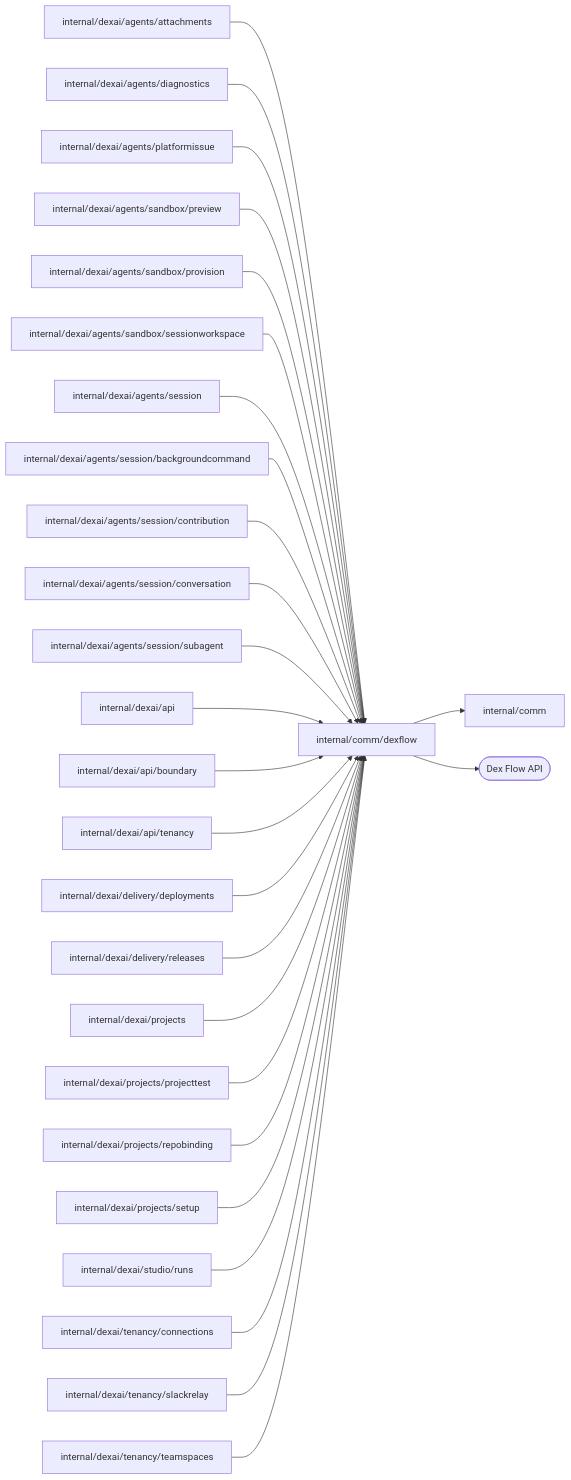
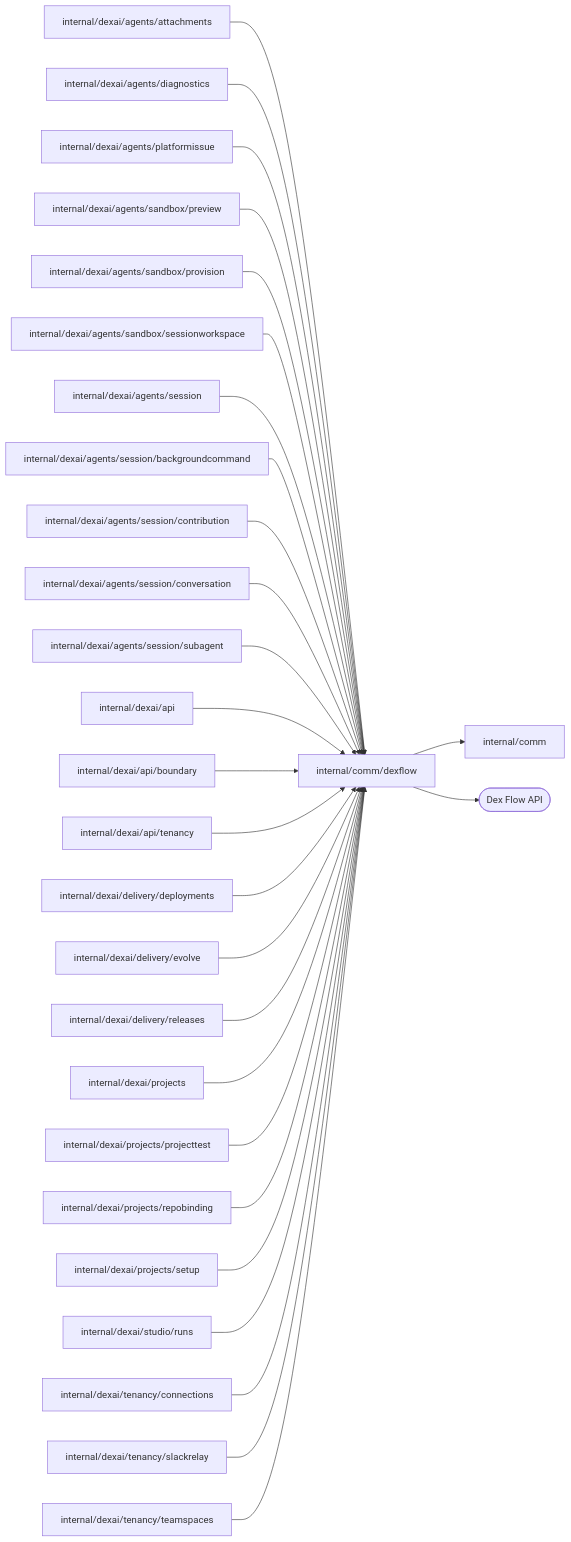
Before and after one commit to superdurable/superverse: the diagram in internal/comm/dexflow/README.md, drawn with Mermaid. The commit also changed other lines of this file and 145 other files, not shown here.

````diff
--- a/internal/comm/dexflow/README.md
+++ b/internal/comm/dexflow/README.md
@@ -10,30 +10,31 @@
 ```mermaid
 flowchart LR
   self["internal/comm/dexflow"]
   c0["internal/dexai/agents/attachments"] --> self
   c1["internal/dexai/agents/diagnostics"] --> self
   c2["internal/dexai/agents/platformissue"] --> self
   c3["internal/dexai/agents/sandbox/preview"] --> self
   c4["internal/dexai/agents/sandbox/provision"] --> self
   c5["internal/dexai/agents/sandbox/sessionworkspace"] --> self
   c6["internal/dexai/agents/session"] --> self
   c7["internal/dexai/agents/session/backgroundcommand"] --> self
   c8["internal/dexai/agents/session/contribution"] --> self
   c9["internal/dexai/agents/session/conversation"] --> self
   c10["internal/dexai/agents/session/subagent"] --> self
   c11["internal/dexai/api"] --> self
   c12["internal/dexai/api/boundary"] --> self
   c13["internal/dexai/api/tenancy"] --> self
   c14["internal/dexai/delivery/deployments"] --> self
-  c15["internal/dexai/delivery/releases"] --> self
-  c16["internal/dexai/projects"] --> self
-  c17["internal/dexai/projects/projecttest"] --> self
-  c18["internal/dexai/projects/repobinding"] --> self
-  c19["internal/dexai/projects/setup"] --> self
-  c20["internal/dexai/studio/runs"] --> self
-  c21["internal/dexai/tenancy/connections"] --> self
-  c22["internal/dexai/tenancy/slackrelay"] --> self
-  c23["internal/dexai/tenancy/teamspaces"] --> self
+  c15["internal/dexai/delivery/evolve"] --> self
+  c16["internal/dexai/delivery/releases"] --> self
+  c17["internal/dexai/projects"] --> self
+  c18["internal/dexai/projects/projecttest"] --> self
+  c19["internal/dexai/projects/repobinding"] --> self
+  c20["internal/dexai/projects/setup"] --> self
+  c21["internal/dexai/studio/runs"] --> self
+  c22["internal/dexai/tenancy/connections"] --> self
+  c23["internal/dexai/tenancy/slackrelay"] --> self
+  c24["internal/dexai/tenancy/teamspaces"] --> self
   self --> d0["internal/comm"]
   self --> e0(["Dex Flow API"])
 ```
````
